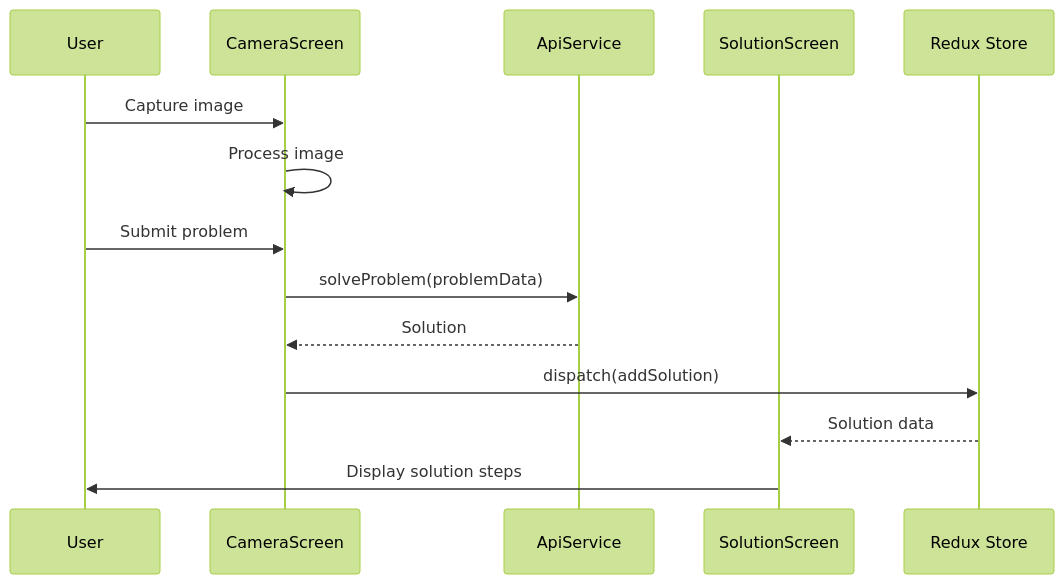
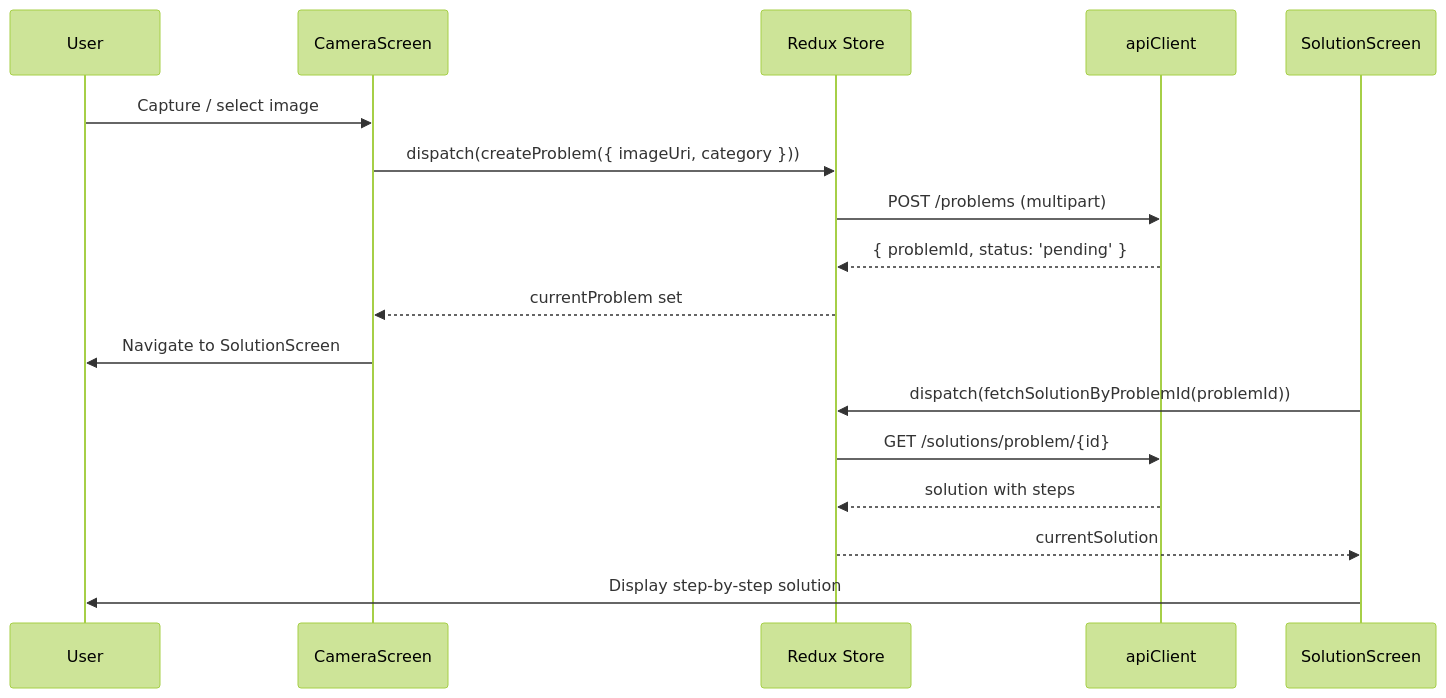
One commit to Tuanph1970/all_projects changed the third of 3 diagrams in mathematic-mobile/documents/front_end_design.md. Above: the diagram before and after it, drawn with Mermaid (forest theme). The commit also changed other lines of this file and 24 other files, not shown here.

````diff
--- a/mathematic-mobile/documents/front_end_design.md
+++ b/mathematic-mobile/documents/front_end_design.md
@@ -334,17 +386,20 @@
 ```mermaid
 sequenceDiagram
     participant U as User
     participant CS as CameraScreen
-    participant API as ApiService
+    participant Store as Redux Store
+    participant API as apiClient
     participant SS as SolutionScreen
-    participant Store as Redux Store
-    
-    U->>CS: Capture image
-    CS->>CS: Process image
-    U->>CS: Submit problem
-    CS->>API: solveProblem(problemData)
-    API-->>CS: Solution
-    CS->>Store: dispatch(addSolution)
-    Store-->>SS: Solution data
-    SS->>U: Display solution steps
+
+    U->>CS: Capture / select image
+    CS->>Store: dispatch(createProblem({ imageUri, category }))
+    Store->>API: POST /problems (multipart)
+    API-->>Store: { problemId, status: 'pending' }
+    Store-->>CS: currentProblem set
+    CS->>U: Navigate to SolutionScreen
+    SS->>Store: dispatch(fetchSolutionByProblemId(problemId))
+    Store->>API: GET /solutions/problem/{id}
+    API-->>Store: solution with steps
+    Store-->>SS: currentSolution
+    SS->>U: Display step-by-step solution
 ```
````
